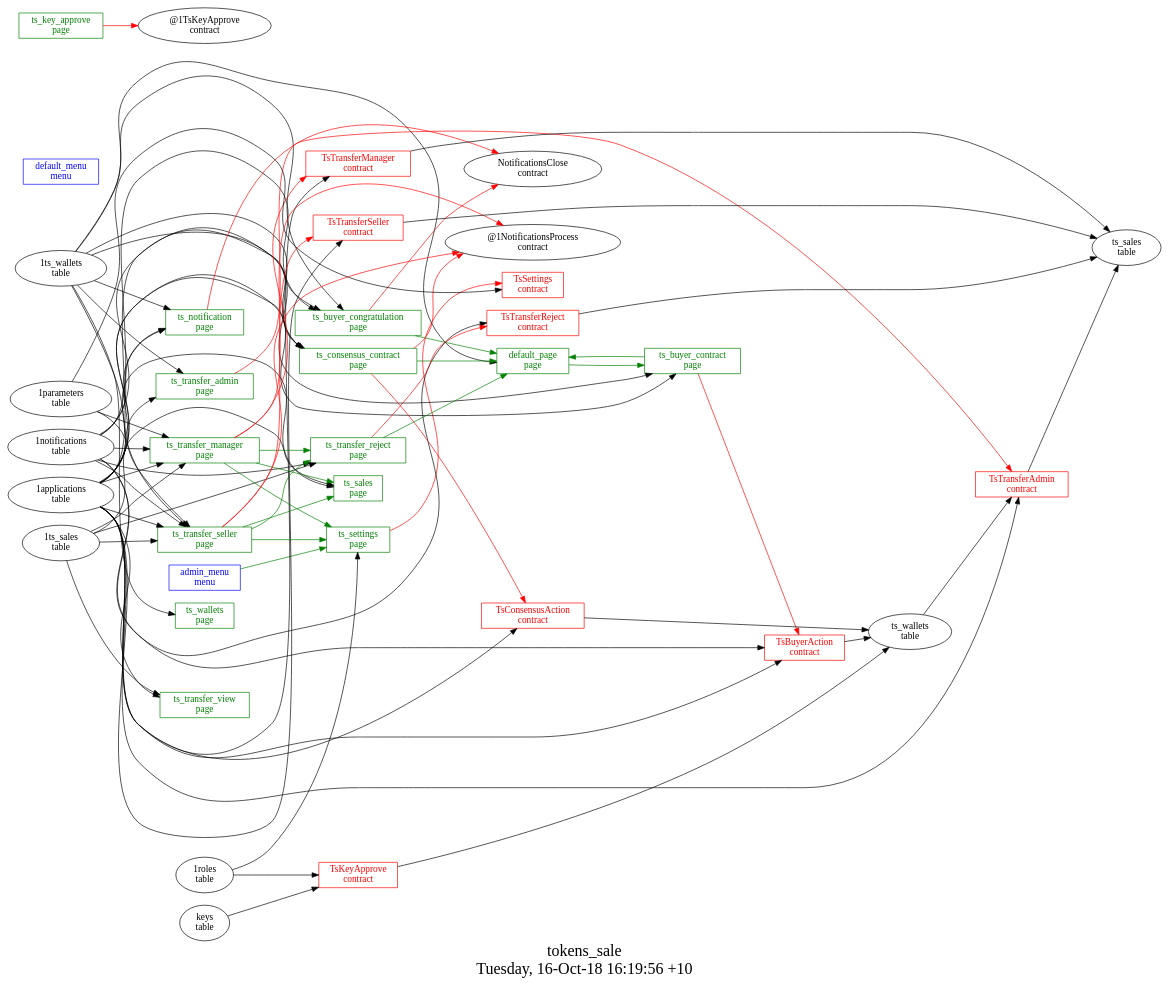
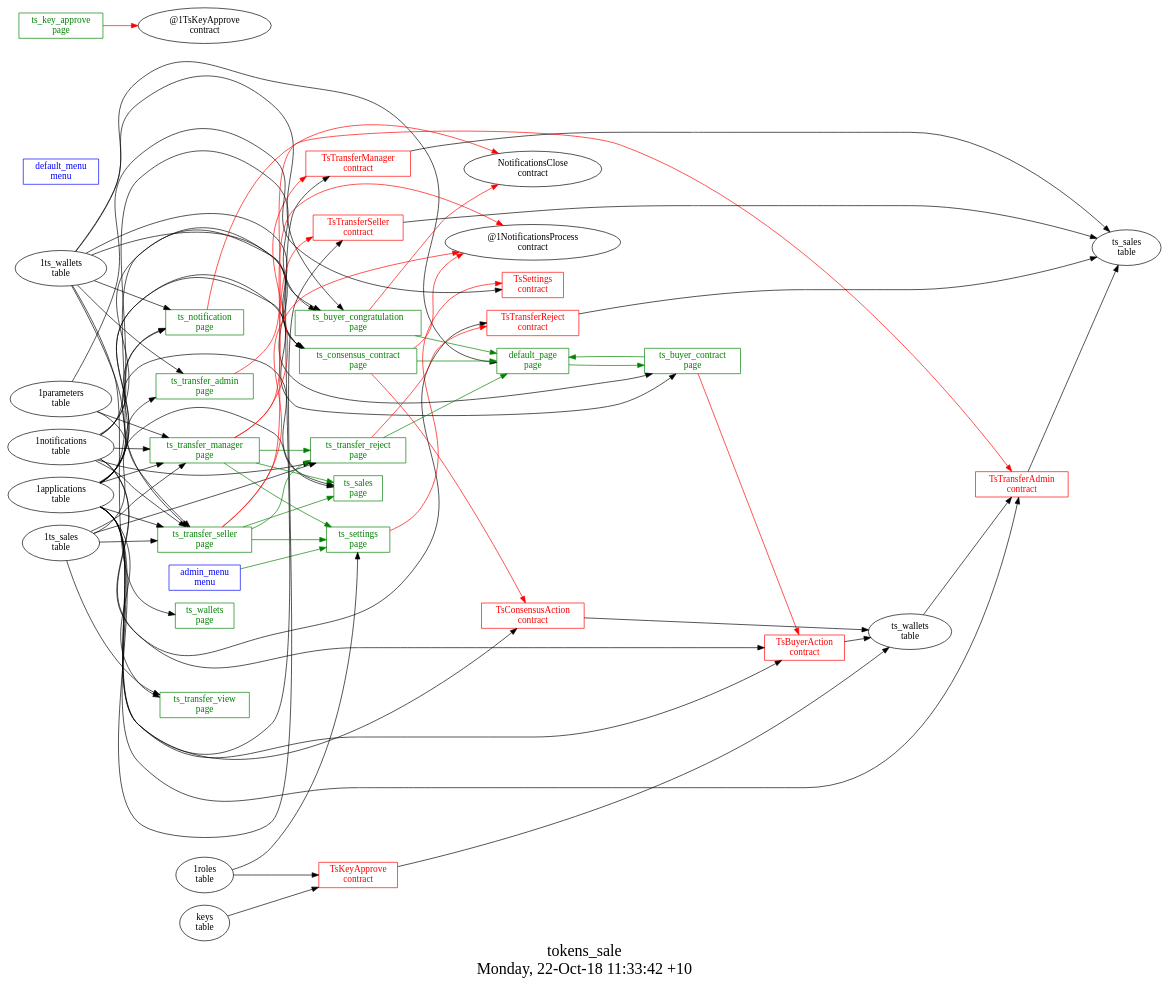
The diagram in other/tokens_sale/struct.dot (AplaProject/apps), drawn with Graphviz before and after one commit. The commit also changed 54 other files, not shown here.

```diff
--- a/other/tokens_sale/struct.dot
+++ b/other/tokens_sale/struct.dot
@@ -1,108 +1,108 @@
 digraph G {
 fontsize="24";
-label="tokens_sale\nTuesday, 16-Oct-18 16:19:56 +10";
+label="tokens_sale\nMonday, 22-Oct-18 11:33:42 +10";
 nojustify=true;
 ordering=out;
 rankdir=LR;
 size="30";
 "admin_menu\nmenu" -> "ts_settings\npage"  [ color=green ]
 "admin_menu\nmenu" [color=blue, fontcolor=blue, group=menus, shape=record];
 "default_menu\nmenu" [color=blue, fontcolor=blue, group=menus, shape=record];
 "1ts_wallets\ntable" -> "default_page\npage"
 "default_page\npage" -> "ts_buyer_contract\npage"  [ color=green ]
 "default_page\npage" [color=green, fontcolor=green, group=pages, shape=record];
 "ts_buyer_congratulation\npage" -> "NotificationsClose\ncontract"  [ color=red ]
 "1applications\ntable" -> "ts_buyer_congratulation\npage"
 "1notifications\ntable" -> "ts_buyer_congratulation\npage"
 "1ts_wallets\ntable" -> "ts_buyer_congratulation\npage"
 "ts_buyer_congratulation\npage" -> "default_page\npage"  [ color=green ]
 "ts_buyer_congratulation\npage" [color=green, fontcolor=green, group=pages, shape=record];
 "ts_buyer_contract\npage" -> "TsBuyerAction\ncontract"  [ color=red ]
 "1applications\ntable" -> "ts_buyer_contract\npage"
 "1ts_wallets\ntable" -> "ts_buyer_contract\npage"
 "ts_buyer_contract\npage" -> "default_page\npage"  [ color=green ]
 "ts_buyer_contract\npage" [color=green, fontcolor=green, group=pages, shape=record];
 "ts_consensus_contract\npage" -> "TsConsensusAction\ncontract"  [ color=red ]
 "ts_consensus_contract\npage" -> "@1NotificationsProcess\ncontract"  [ color=red ]
 "1applications\ntable" -> "ts_consensus_contract\npage"
 "1notifications\ntable" -> "ts_consensus_contract\npage"
 "1ts_wallets\ntable" -> "ts_consensus_contract\npage"
 "ts_consensus_contract\npage" -> "default_page\npage"  [ color=green ]
 "ts_consensus_contract\npage" [color=green, fontcolor=green, group=pages, shape=record];
 "ts_key_approve\npage" -> "@1TsKeyApprove\ncontract"  [ color=red ]
 "ts_key_approve\npage" [color=green, fontcolor=green, group=pages, shape=record];
 "ts_notification\npage" -> "NotificationsClose\ncontract"  [ color=red ]
 "1applications\ntable" -> "ts_notification\npage"
 "1notifications\ntable" -> "ts_notification\npage"
 "1ts_wallets\ntable" -> "ts_notification\npage"
 "ts_notification\npage" [color=green, fontcolor=green, group=pages, shape=record];
 "1applications\ntable" -> "ts_sales\npage"
 "1ts_sales\ntable" -> "ts_sales\npage"
 "ts_sales\npage" [color=green, fontcolor=green, group=pages, shape=record];
 "ts_settings\npage" -> "TsSettings\ncontract"  [ color=red ]
 "1roles\ntable" -> "ts_settings\npage"
 "ts_settings\npage" [color=green, fontcolor=green, group=pages, shape=record];
 "ts_transfer_admin\npage" -> "TsTransferAdmin\ncontract"  [ color=red ]
 "1applications\ntable" -> "ts_transfer_admin\npage"
 "1ts_wallets\ntable" -> "ts_transfer_admin\npage"
 "ts_transfer_admin\npage" [color=green, fontcolor=green, group=pages, shape=record];
 "ts_transfer_manager\npage" -> "TsTransferManager\ncontract"  [ color=red ]
 "ts_transfer_manager\npage" -> "@1NotificationsProcess\ncontract"  [ color=red ]
 "1applications\ntable" -> "ts_transfer_manager\npage"
 "1notifications\ntable" -> "ts_transfer_manager\npage"
 "1ts_sales\ntable" -> "ts_transfer_manager\npage"
 "1parameters\ntable" -> "ts_transfer_manager\npage"
 "ts_transfer_manager\npage" -> "ts_transfer_reject\npage"  [ color=green ]
 "ts_transfer_manager\npage" -> "ts_sales\npage"  [ color=green ]
 "ts_transfer_manager\npage" -> "ts_settings\npage"  [ color=green ]
 "ts_transfer_manager\npage" [color=green, fontcolor=green, group=pages, shape=record];
 "ts_transfer_reject\npage" -> "TsTransferReject\ncontract"  [ color=red ]
 "1notifications\ntable" -> "ts_transfer_reject\npage"
 "1ts_sales\ntable" -> "ts_transfer_reject\npage"
 "ts_transfer_reject\npage" -> "default_page\npage"  [ color=green ]
 "ts_transfer_reject\npage" [color=green, fontcolor=green, group=pages, shape=record];
 "ts_transfer_seller\npage" -> "TsTransferSeller\ncontract"  [ color=red ]
 "ts_transfer_seller\npage" -> "@1NotificationsProcess\ncontract"  [ color=red ]
 "1applications\ntable" -> "ts_transfer_seller\npage"
 "1notifications\ntable" -> "ts_transfer_seller\npage"
 "1ts_sales\ntable" -> "ts_transfer_seller\npage"
 "1ts_wallets\ntable" -> "ts_transfer_seller\npage"
 "1parameters\ntable" -> "ts_transfer_seller\npage"
 "ts_transfer_seller\npage" -> "ts_transfer_reject\npage"  [ color=green ]
 "ts_transfer_seller\npage" -> "ts_sales\npage"  [ color=green ]
 "ts_transfer_seller\npage" -> "ts_settings\npage"  [ color=green ]
 "ts_transfer_seller\npage" [color=green, fontcolor=green, group=pages, shape=record];
 "1applications\ntable" -> "ts_transfer_view\npage"
 "1ts_sales\ntable" -> "ts_transfer_view\npage"
 "ts_transfer_view\npage" [color=green, fontcolor=green, group=pages, shape=record];
 "1ts_wallets\ntable" -> "ts_wallets\npage"
 "ts_wallets\npage" [color=green, fontcolor=green, group=pages, shape=record];
 "TsBuyerAction\ncontract" -> "ts_wallets\ntable"  [ color="" ]
 "1applications\ntable" -> "TsBuyerAction\ncontract"
 "1notifications\ntable" -> "TsBuyerAction\ncontract"
 "TsBuyerAction\ncontract" [color=red, fontcolor=red, group=contracts, shape=record];
 "TsConsensusAction\ncontract" -> "ts_wallets\ntable"  [ color="" ]
 "1applications\ntable" -> "TsConsensusAction\ncontract"
 "TsConsensusAction\ncontract" [color=red, fontcolor=red, group=contracts, shape=record];
 "TsKeyApprove\ncontract" -> "ts_wallets\ntable"  [ color="" ]
 "keys\ntable" -> "TsKeyApprove\ncontract"
 "1roles\ntable" -> "TsKeyApprove\ncontract"
 "TsKeyApprove\ncontract" [color=red, fontcolor=red, group=contracts, shape=record];
 "1parameters\ntable" -> "TsSettings\ncontract"
 "TsSettings\ncontract" [color=red, fontcolor=red, group=contracts, shape=record];
 "TsTransferAdmin\ncontract" -> "ts_sales\ntable"  [ color="" ]
 "1applications\ntable" -> "TsTransferAdmin\ncontract"
 "ts_wallets\ntable" -> "TsTransferAdmin\ncontract"
 "TsTransferAdmin\ncontract" [color=red, fontcolor=red, group=contracts, shape=record];
 "TsTransferManager\ncontract" -> "ts_sales\ntable"  [ color="" ]
 "1applications\ntable" -> "TsTransferManager\ncontract"
 "TsTransferManager\ncontract" [color=red, fontcolor=red, group=contracts, shape=record];
 "TsTransferReject\ncontract" -> "ts_sales\ntable"  [ color="" ]
 "1notifications\ntable" -> "TsTransferReject\ncontract"
 "TsTransferReject\ncontract" [color=red, fontcolor=red, group=contracts, shape=record];
 "TsTransferSeller\ncontract" -> "ts_sales\ntable"  [ color="" ]
 "1applications\ntable" -> "TsTransferSeller\ncontract"
 "TsTransferSeller\ncontract" [color=red, fontcolor=red, group=contracts, shape=record];
 "ts_sales\ntable" [color="", fontcolor="", group=tables, shape=""];
 "ts_wallets\ntable" [color="", fontcolor="", group=tables, shape=""];
 }
```
